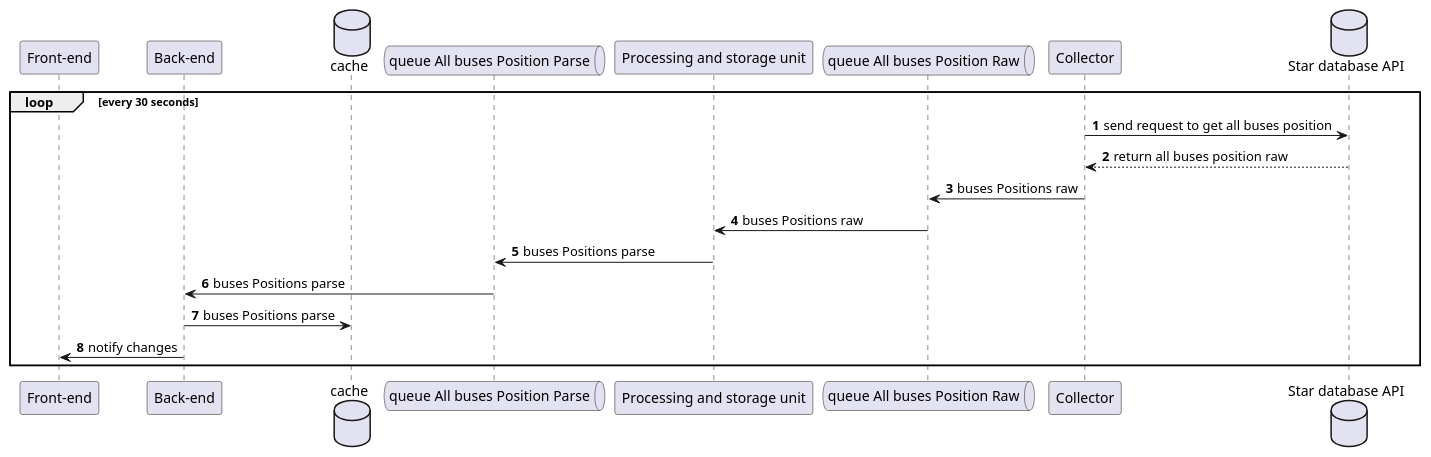
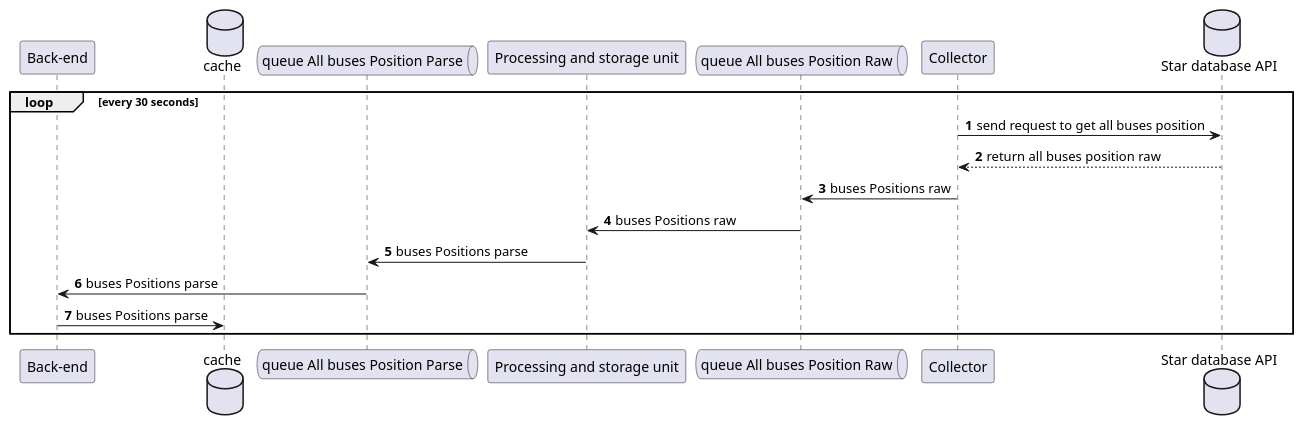
The diagram in sprint0/global/SystemSequenceDiagram/subSequenceDiagramAllBusesPosition.puml (ESIR2-PROJET-KEOLIS/design), drawn with PlantUML before and after one commit.

```diff
--- a/sprint0/global/SystemSequenceDiagram/subSequenceDiagramAllBusesPosition.puml
+++ b/sprint0/global/SystemSequenceDiagram/subSequenceDiagramAllBusesPosition.puml
@@ -1,22 +1,20 @@
 @startuml sub sequence diagram for all buses position
 autonumber
-participant "Front-end" as FE
 participant "Back-end" as BE
 database    cache    as Ca
 queue       "queue All buses Position Parse"  as QABPP
 participant "Processing and storage unit" as UTS
 queue       "queue All buses Position Raw" as QABPR
 participant Collector as Co
 database    "Star database API"    as DBStar
 
 loop every 30 seconds
     Co -> DBStar : send request to get all buses position
     DBStar --> Co : return all buses position raw
     Co -> QABPR : buses Positions raw
     QABPR -> UTS : buses Positions raw
     UTS -> QABPP : buses Positions parse
     QABPP -> BE : buses Positions parse
     BE -> Ca : buses Positions parse
-    BE -> FE : notify changes
 end
 @enduml
```
